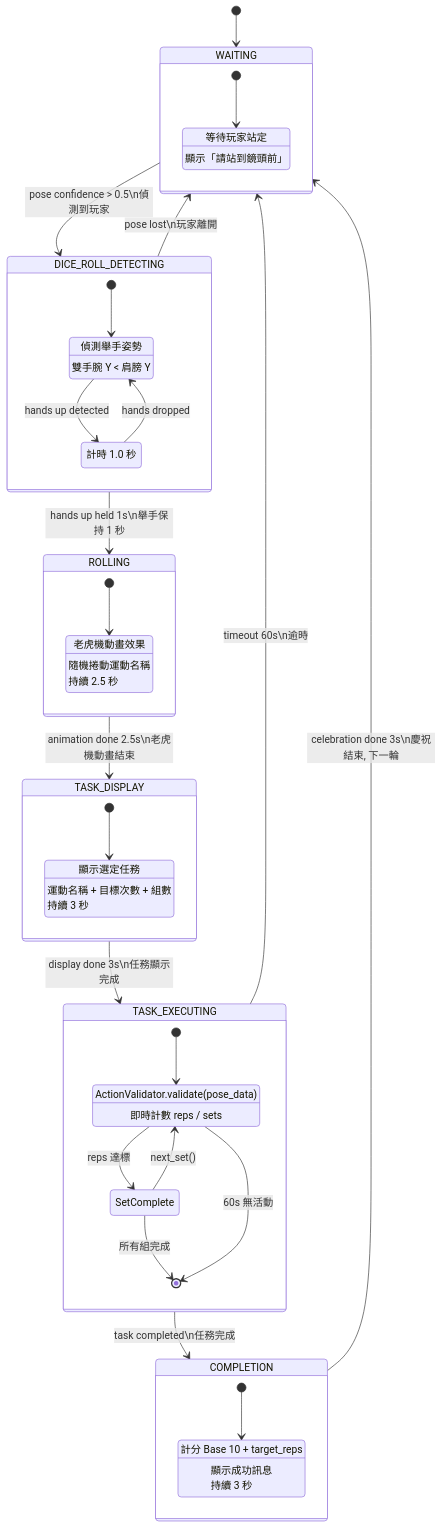
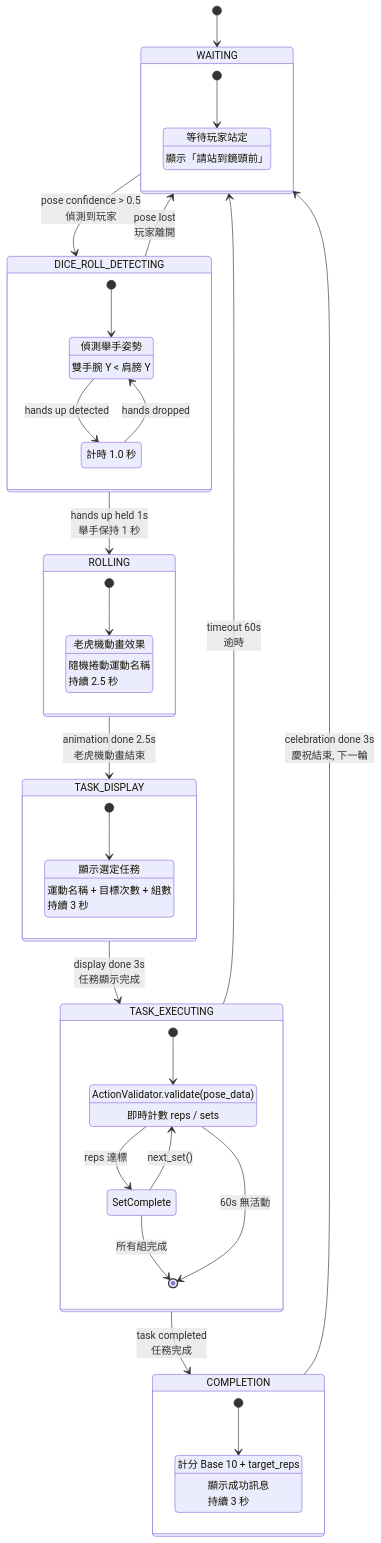
Before and after one commit to Laurence-R/chicken-transformer: the diagram in docs/state-machine.md, drawn with Mermaid.

````diff
--- a/docs/state-machine.md
+++ b/docs/state-machine.md
@@ -5,64 +5,64 @@
 ```mermaid
 stateDiagram-v2
     [*] --> WAITING
 
-    WAITING --> DICE_ROLL_DETECTING : pose confidence > 0.5\n偵測到玩家
+    WAITING --> DICE_ROLL_DETECTING : pose confidence > 0.5<br/>偵測到玩家
 
-    DICE_ROLL_DETECTING --> WAITING : pose lost\n玩家離開
-    DICE_ROLL_DETECTING --> ROLLING : hands up held 1s\n舉手保持 1 秒
+    DICE_ROLL_DETECTING --> WAITING : pose lost<br/>玩家離開
+    DICE_ROLL_DETECTING --> ROLLING : hands up held 1s<br/>舉手保持 1 秒
 
-    ROLLING --> TASK_DISPLAY : animation done 2.5s\n老虎機動畫結束
+    ROLLING --> TASK_DISPLAY : animation done 2.5s<br/>老虎機動畫結束
 
-    TASK_DISPLAY --> TASK_EXECUTING : display done 3s\n任務顯示完成
+    TASK_DISPLAY --> TASK_EXECUTING : display done 3s<br/>任務顯示完成
 
-    TASK_EXECUTING --> COMPLETION : task completed\n任務完成
-    TASK_EXECUTING --> WAITING : timeout 60s\n逾時
+    TASK_EXECUTING --> COMPLETION : task completed<br/>任務完成
+    TASK_EXECUTING --> WAITING : timeout 60s<br/>逾時
 
-    COMPLETION --> WAITING : celebration done 3s\n慶祝結束, 下一輪
+    COMPLETION --> WAITING : celebration done 3s<br/>慶祝結束, 下一輪
 
     state WAITING {
         [*] --> DetectingPlayer
         DetectingPlayer : 等待玩家站定
         DetectingPlayer : 顯示「請站到鏡頭前」
     }
 
     state DICE_ROLL_DETECTING {
         [*] --> WatchingPose
         WatchingPose : 偵測舉手姿勢
         WatchingPose : 雙手腕 Y < 肩膀 Y
         WatchingPose --> HoldTimer : hands up detected
         HoldTimer : 計時 1.0 秒
         HoldTimer --> WatchingPose : hands dropped
     }
 
     state ROLLING {
         [*] --> SlotMachine
         SlotMachine : 老虎機動畫效果
         SlotMachine : 隨機捲動運動名稱
         SlotMachine : 持續 2.5 秒
     }
 
     state TASK_DISPLAY {
         [*] --> ShowTask
         ShowTask : 顯示選定任務
         ShowTask : 運動名稱 + 目標次數 + 組數
         ShowTask : 持續 3 秒
     }
 
     state TASK_EXECUTING {
         [*] --> Validating
         Validating : ActionValidator.validate(pose_data)
         Validating : 即時計數 reps / sets
         Validating --> SetComplete : reps 達標
         SetComplete --> Validating : next_set()
         SetComplete --> [*] : 所有組完成
         Validating --> [*] : 60s 無活動
     }
 
     state COMPLETION {
         [*] --> Celebrating
         Celebrating : 計分 Base 10 + target_reps
         Celebrating : 顯示成功訊息
         Celebrating : 持續 3 秒
     }
 ```
````
